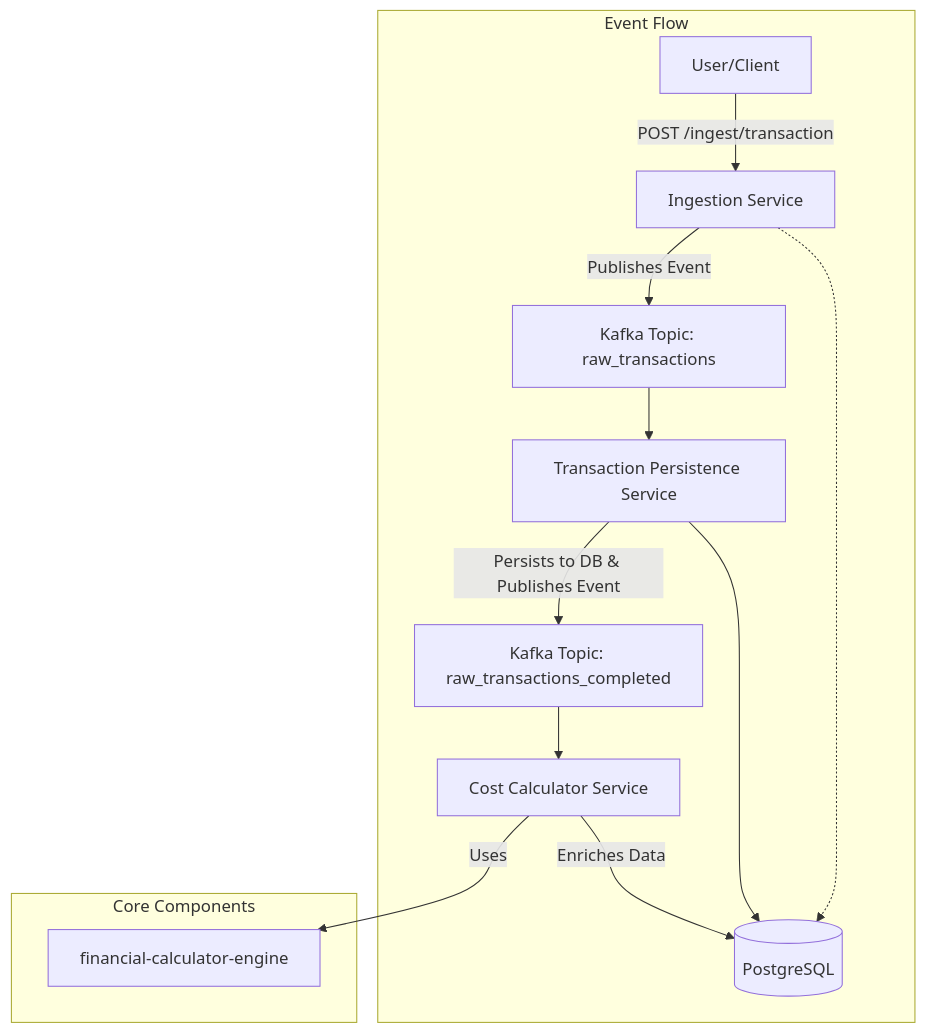
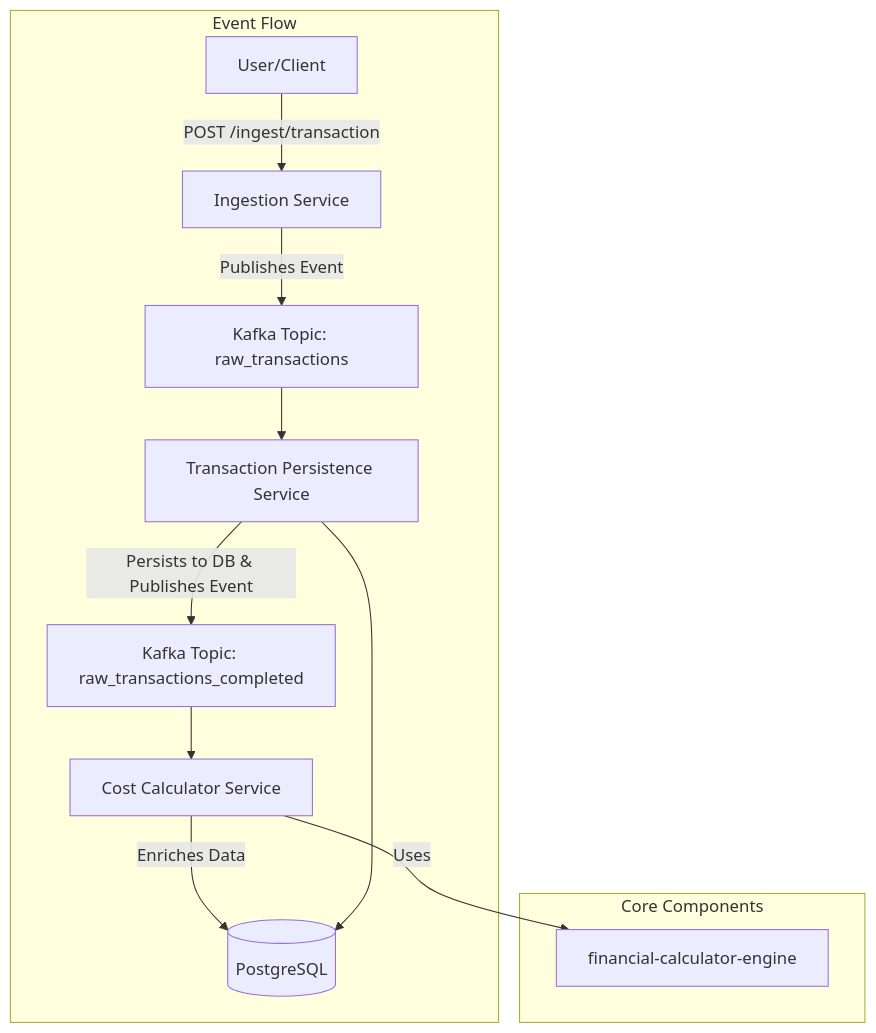
The diagram in README.md (sgajbi/portfolio-analytics-system), drawn with Mermaid before and after one commit. The commit also changed other lines of this file and 2 other files, not shown here.

First line of the commit message:
fix(pipeline): Resolve data model and serialization errors for end-to-end flow

`````diff
--- a/README.md
+++ b/README.md
@@ -34,17 +34,16 @@
 ```mermaid
 graph TD
     subgraph "Event Flow"
         User[User/Client] -- POST /ingest/transaction --> IngestionService[Ingestion Service];
         IngestionService -- Publishes Event --> KafkaRaw[Kafka Topic: raw_transactions];
         KafkaRaw --> PersistenceService[Transaction Persistence Service];
         PersistenceService -- Persists to DB & Publishes Event --> KafkaCompleted[Kafka Topic: raw_transactions_completed];
         KafkaCompleted --> CostCalculator[Cost Calculator Service];
         CostCalculator -- Enriches Data --> DB[(PostgreSQL)];
     end
 
     subgraph "Core Components"
         CostCalculator -- Uses --> EngineLib[financial-calculator-engine];
         PersistenceService --> DB;
-        IngestionService -.-> DB;
     end
 ````
`````
